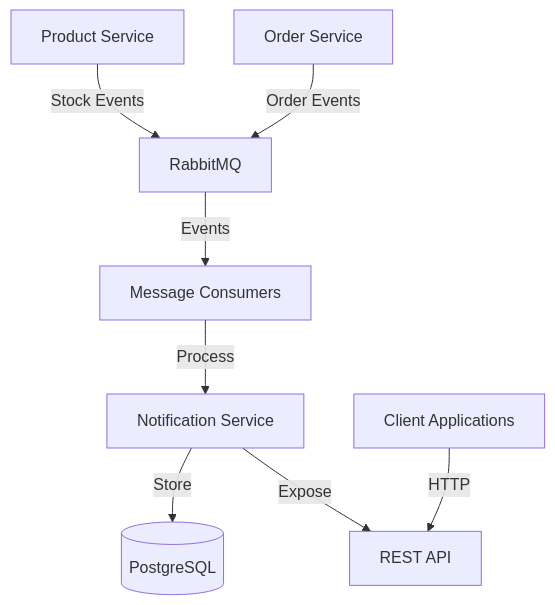
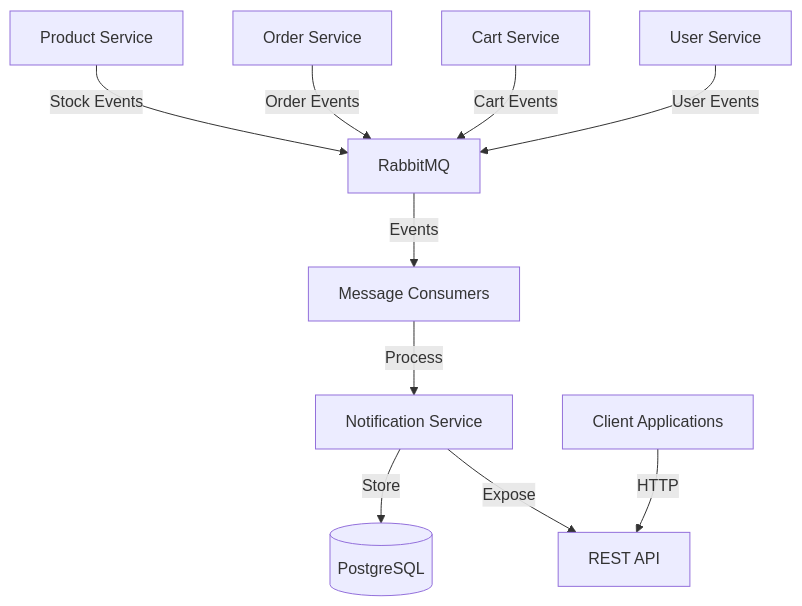
One commit to GFTCOMS/WRK25COMMUNICATION changed the diagram in docs/system-architecture.mmd. Above: the diagram before and after it, drawn with Mermaid. The commit also changed 8 other files, not shown here.

```diff
--- a/docs/system-architecture.mmd
+++ b/docs/system-architecture.mmd
@@ -1,16 +1,20 @@
 flowchart TB
     ProductService[Product Service]
     OrderService[Order Service]
+    CartService[Cart Service]
+    UserService[User Service]
     RabbitMQ[RabbitMQ]
     Consumers[Message Consumers]
     NotificationService[Notification Service]
     DB[(PostgreSQL)]
     API[REST API]
-    
+
     ProductService -->|Stock Events| RabbitMQ
     OrderService -->|Order Events| RabbitMQ
+    CartService -->|Cart Events| RabbitMQ
+    UserService -->|User Events| RabbitMQ
     RabbitMQ -->|Events| Consumers
     Consumers -->|Process| NotificationService
     NotificationService -->|Store| DB
     NotificationService -->|Expose| API
     Client[Client Applications] -->|HTTP| API
```
